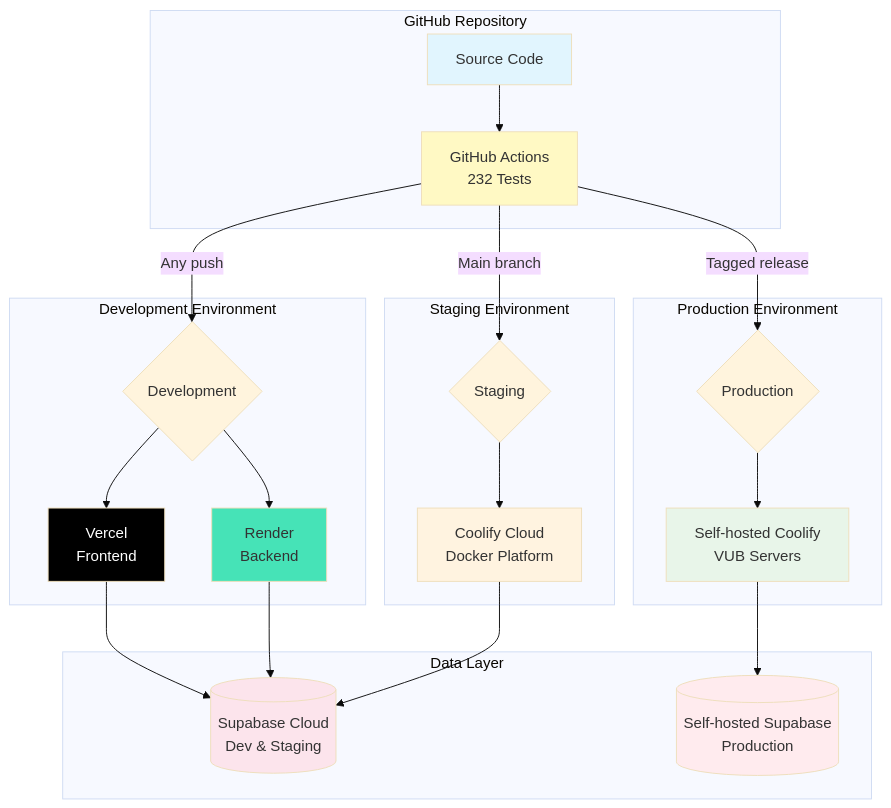
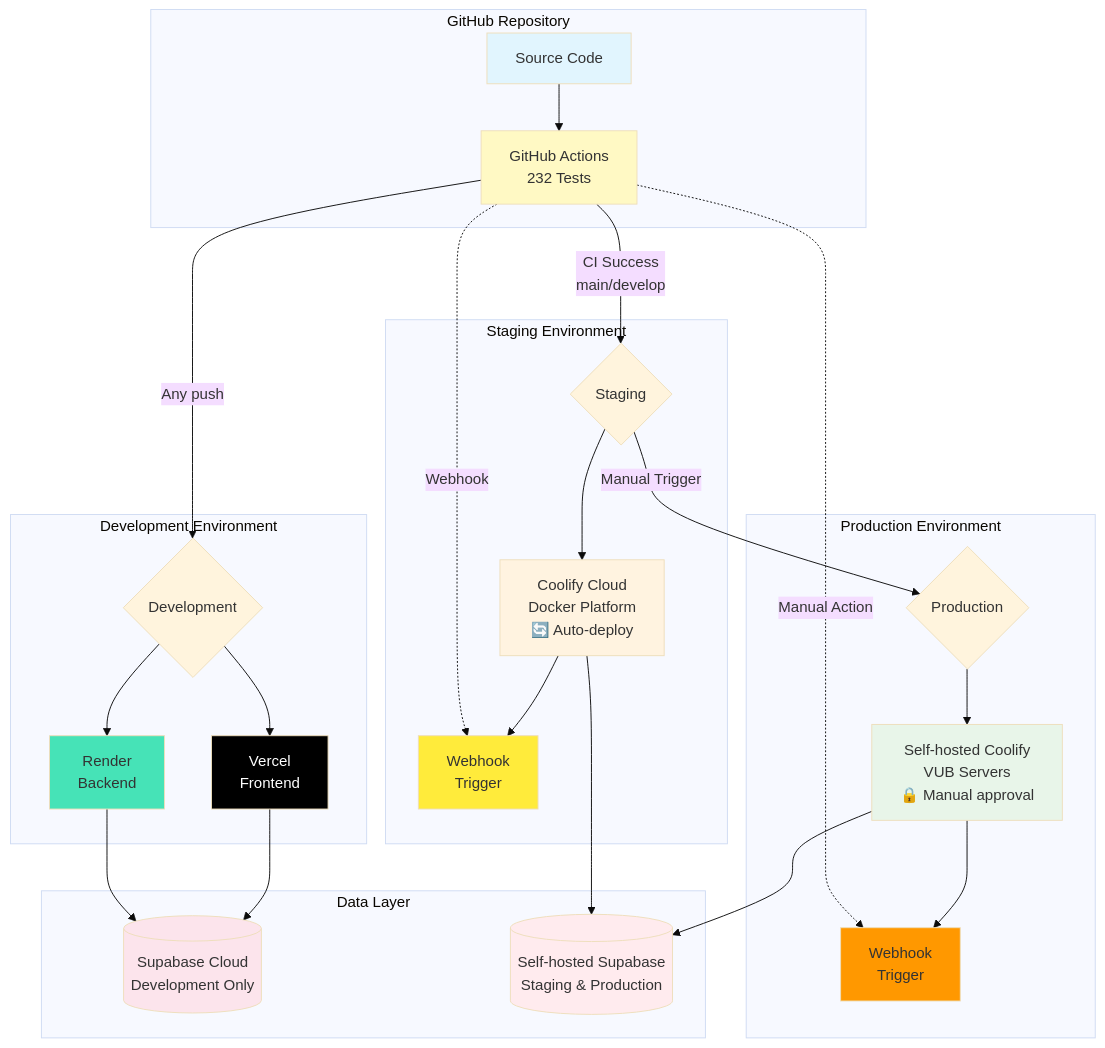
Before and after one commit to ggustin93/emg-c3d-analyzer: the diagram in docusaurus/docs/devops/devops.md, drawn with Mermaid (base theme). The commit also changed other lines of this file and 6 other files, not shown here.

First line of the commit message:
feat(ci/cd): implement staging-first deployment with Docker Compose consolidation

````diff
--- a/docusaurus/docs/devops/devops.md
+++ b/docusaurus/docs/devops/devops.md
@@ -30,42 +30,49 @@
 ```mermaid
 graph TB
     subgraph "GitHub Repository"
         Code[Source Code] --> Actions[GitHub Actions<br/>232 Tests]
     end
     
     Actions -->|Any push| Dev{Development}
-    Actions -->|Main branch| Staging{Staging}
-    Actions -->|Tagged release| Prod{Production}
+    Actions -->|CI Success<br/>main/develop| Staging{Staging}
+    Staging -->|Manual Trigger| Prod{Production}
     
     subgraph "Development Environment"
         Dev --> Vercel[Vercel<br/>Frontend]
         Dev --> Render[Render<br/>Backend]
     end
     
     subgraph "Staging Environment"
-        Staging --> CoolifyCloud[Coolify Cloud<br/>Docker Platform]
+        Staging --> CoolifyCloud[Coolify Cloud<br/>Docker Platform<br/>🔄 Auto-deploy]
+        CoolifyCloud --> Webhook1[Webhook<br/>Trigger]
     end
     
     subgraph "Production Environment"
-        Prod --> CoolifySelf[Self-hosted Coolify<br/>VUB Servers]
+        Prod --> CoolifySelf[Self-hosted Coolify<br/>VUB Servers<br/>🔒 Manual approval]
+        CoolifySelf --> Webhook2[Webhook<br/>Trigger]
     end
     
     subgraph "Data Layer"
-        SupabaseCloud[(Supabase Cloud<br/>Dev & Staging)]
-        SupabaseSelf[(Self-hosted Supabase<br/>Production)]
+        SupabaseCloud[(Supabase Cloud<br/>Development Only)]
+        SupabaseSelf[(Self-hosted Supabase<br/>Staging & Production)]
     end
     
     Vercel --> SupabaseCloud
     Render --> SupabaseCloud
-    CoolifyCloud --> SupabaseCloud
+    CoolifyCloud --> SupabaseSelf
     CoolifySelf --> SupabaseSelf
+    
+    Actions -.->|Webhook| Webhook1
+    Actions -.->|Manual Action| Webhook2
     
     style Code fill:#e1f5fe
     style Actions fill:#fff9c4
     style Vercel fill:#000000,color:#fff
     style Render fill:#46e3b7
     style CoolifyCloud fill:#fff3e0
     style CoolifySelf fill:#e8f5e9
     style SupabaseCloud fill:#fce4ec
     style SupabaseSelf fill:#ffebee
+    style Webhook1 fill:#ffeb3b
+    style Webhook2 fill:#ff9800
 ```
````
